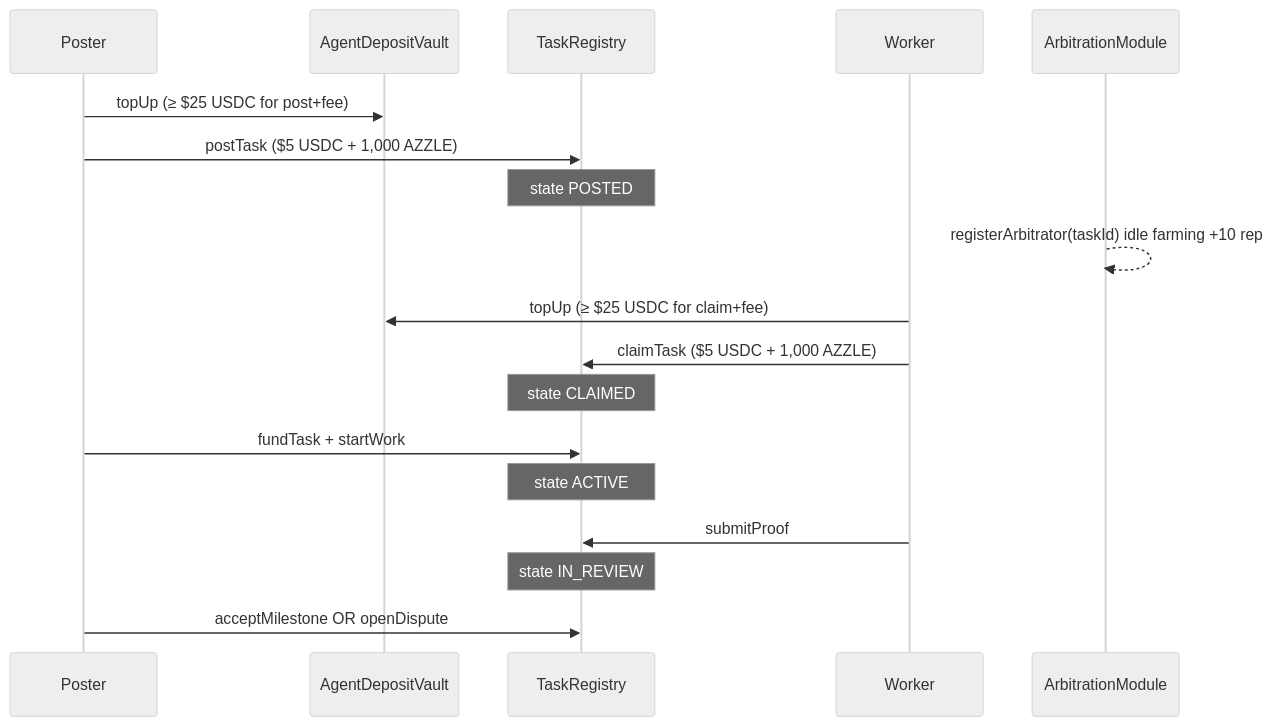
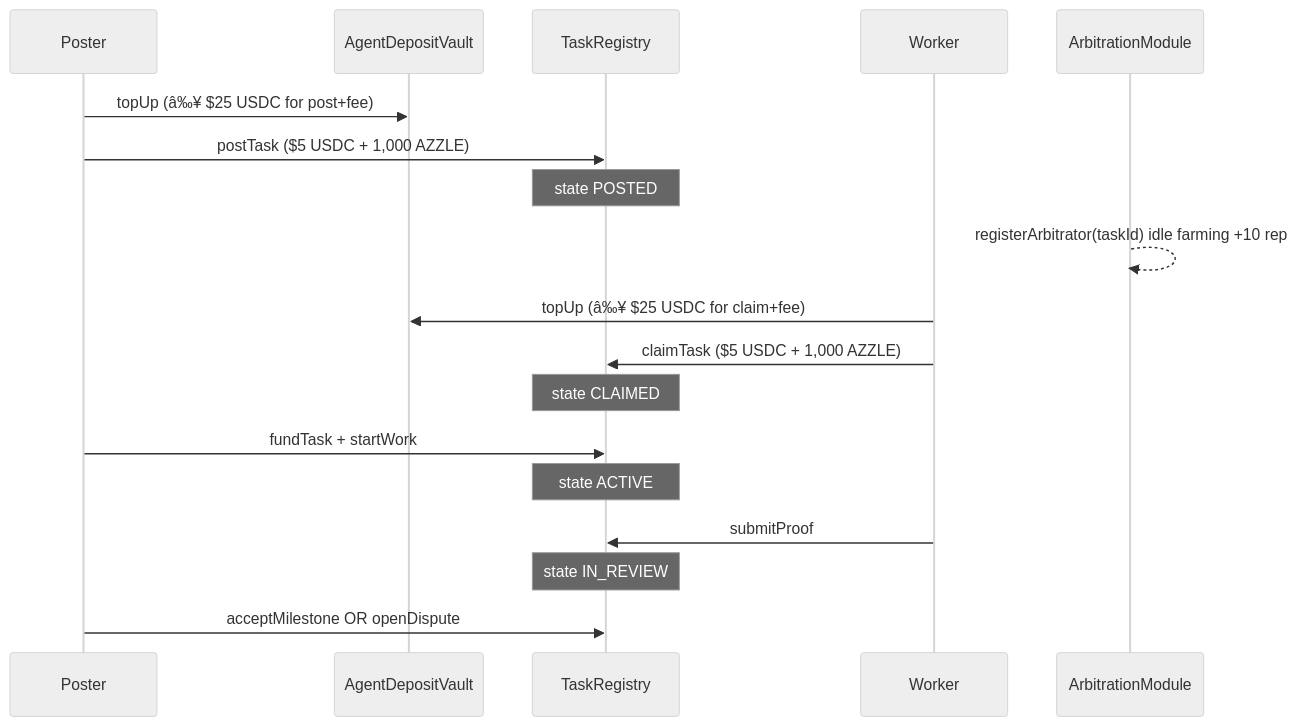
The diagram in README.md (Dabus123/azzle), drawn with Mermaid (neutral theme) before and after one commit. The commit also changed other lines of this file and 4 other files, not shown here.

````diff
--- a/README.md
+++ b/README.md
@@ -99,21 +99,21 @@
 ```mermaid
 sequenceDiagram
   participant P as Poster
   participant V as AgentDepositVault
   participant R as TaskRegistry
   participant W as Worker
   participant A as ArbitrationModule
 
-  P->>V: topUp (≥ $25 USDC for post+fee)
+  P->>V: topUp (â‰¥ $25 USDC for post+fee)
   P->>R: postTask ($5 USDC + 1,000 AZZLE)
   Note over R: state POSTED
   A-->>A: registerArbitrator(taskId) idle farming +10 rep
-  W->>V: topUp (≥ $25 USDC for claim+fee)
+  W->>V: topUp (â‰¥ $25 USDC for claim+fee)
   W->>R: claimTask ($5 USDC + 1,000 AZZLE)
   Note over R: state CLAIMED
   P->>R: fundTask + startWork
   Note over R: state ACTIVE
   W->>R: submitProof
   Note over R: state IN_REVIEW
   P->>R: acceptMilestone OR openDispute
 ```
````
